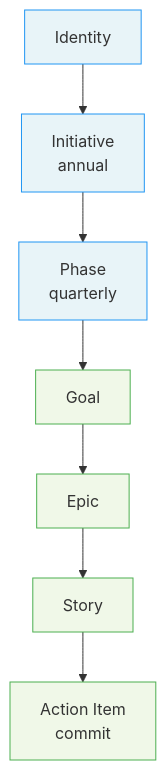
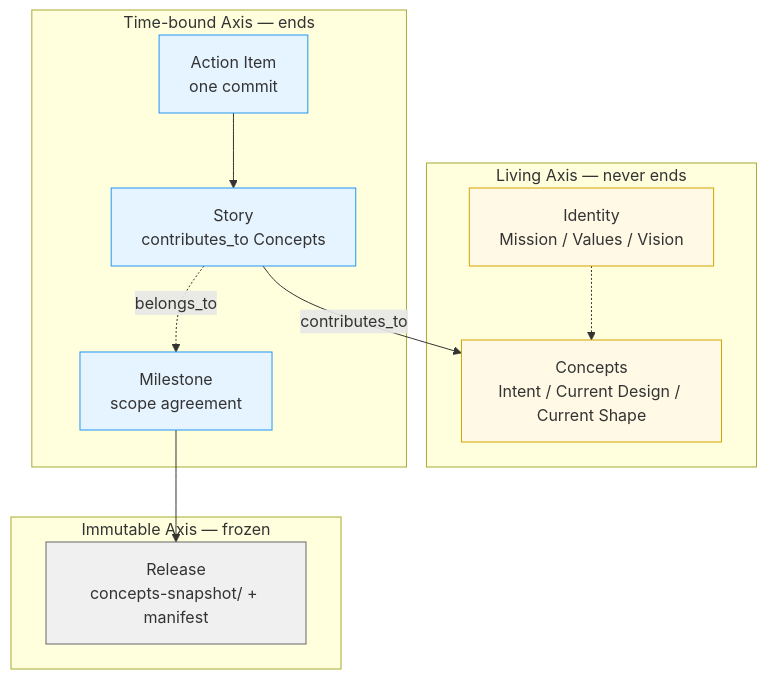
One commit to noory-code/noory-ai changed the first of 2 diagrams in solera/docs/work-item-structure.md. Above: the diagram before and after it, drawn with Mermaid. The commit also changed other lines of this file and 73 other files, not shown here.

First line of the commit message:
feat(solera)!: v3.0.0 — three-axis model (Living/Time-bound/Immutable)

````diff
--- a/solera/docs/work-item-structure.md
+++ b/solera/docs/work-item-structure.md
@@ -9,22 +17,30 @@
 ```mermaid
-graph TD
-    ID[Identity]
-    IN[Initiative<br/>annual]
-    PH[Phase<br/>quarterly]
-    GO[Goal]
-    EP[Epic]
-    ST[Story]
-    AI[Action Item<br/>commit]
+flowchart TD
+    subgraph Living["Living Axis — never ends"]
+        ID[Identity<br/>Mission / Values / Vision]
+        CO[Concepts<br/>Intent / Current Design / Current Shape]
+    end
 
-    ID --> IN
-    IN --> PH
-    PH --> GO
-    GO --> EP
-    EP --> ST
-    ST --> AI
+    subgraph TimeBound["Time-bound Axis — ends"]
+        MS[Milestone<br/>scope agreement]
+        ST[Story<br/>contributes_to Concepts]
+        AI[Action Item<br/>one commit]
+    end
 
-    classDef human fill:#e8f4f8,stroke:#2196F3
-    classDef ai fill:#f0f8e8,stroke:#4CAF50
-    class ID,IN,PH human
-    class GO,EP,ST,AI ai
+    subgraph Immutable["Immutable Axis — frozen"]
+        RE[Release<br/>concepts-snapshot/ + manifest]
+    end
+
+    ID -.-> CO
+    ST -->|contributes_to| CO
+    ST -.->|belongs_to| MS
+    AI --> ST
+    MS --> RE
+
+    classDef living fill:#fff9e6,stroke:#d4a300
+    classDef timebound fill:#e6f4ff,stroke:#2196F3
+    classDef immutable fill:#f0f0f0,stroke:#666
+    class ID,CO living
+    class MS,ST,AI timebound
+    class RE immutable
 ```
````
